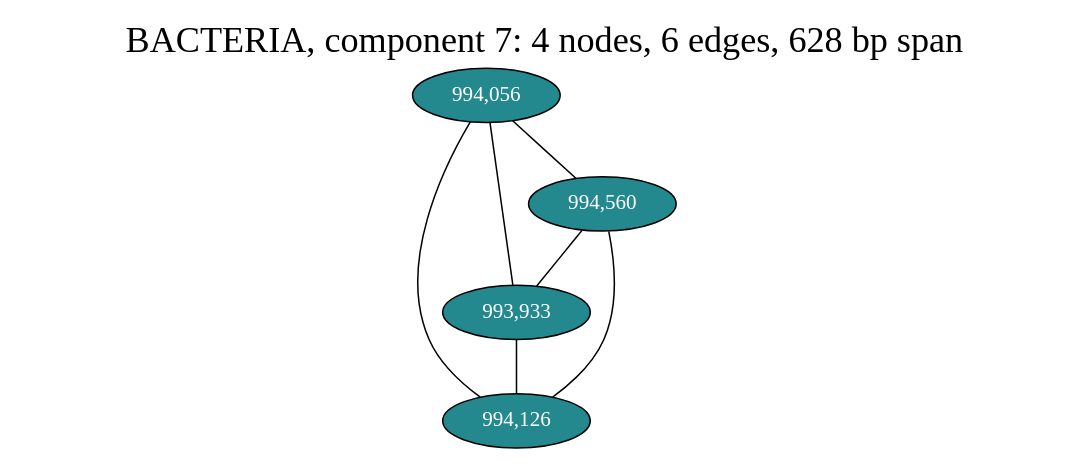
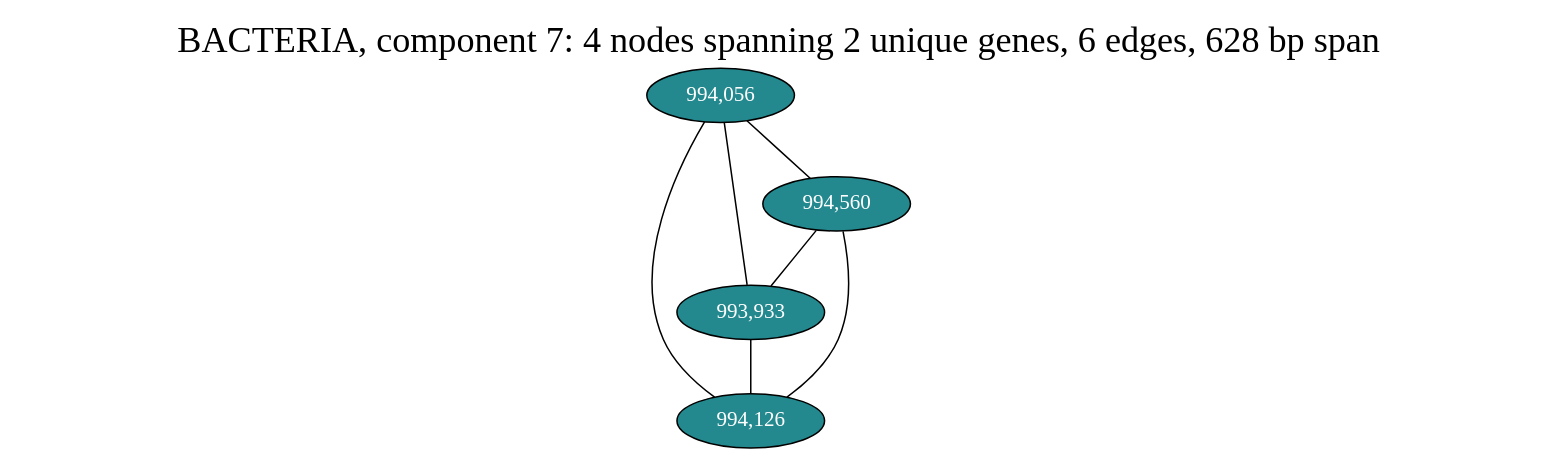
The diagram in notebooks/graphs/BACTERIA_cc7.gv (fedarko/sheepgut), drawn with Graphviz before and after one commit. The commit also changed 63 other files, not shown here.

Commit message:
gene info in graph labels!

```diff
--- a/notebooks/graphs/BACTERIA_cc7.gv
+++ b/notebooks/graphs/BACTERIA_cc7.gv
@@ -1,18 +1,18 @@
 graph BACTERIA_cc7 {
 	overlap="prism50";
 	outputorder="edgesfirst";
 	node [style="filled"];
-	label="BACTERIA, component 7: 4 nodes, 6 edges, 628 bp span";
+	label="BACTERIA, component 7: 4 nodes spanning 2 unique genes, 6 edges, 628 bp span";
 	labelloc="t";
 	fontsize=24;
 	"993,933" [fillcolor="#23898e", fontcolor="#ffffff"];
 	"994,056" [fillcolor="#23898e", fontcolor="#ffffff"];
 	"994,126" [fillcolor="#23898e", fontcolor="#ffffff"];
 	"994,560" [fillcolor="#23898e", fontcolor="#ffffff"];
 	"994,056" -- "993,933";
 	"994,056" -- "994,126";
 	"994,056" -- "994,560";
 	"994,560" -- "993,933";
 	"994,560" -- "994,126";
 	"993,933" -- "994,126";
 }
```
